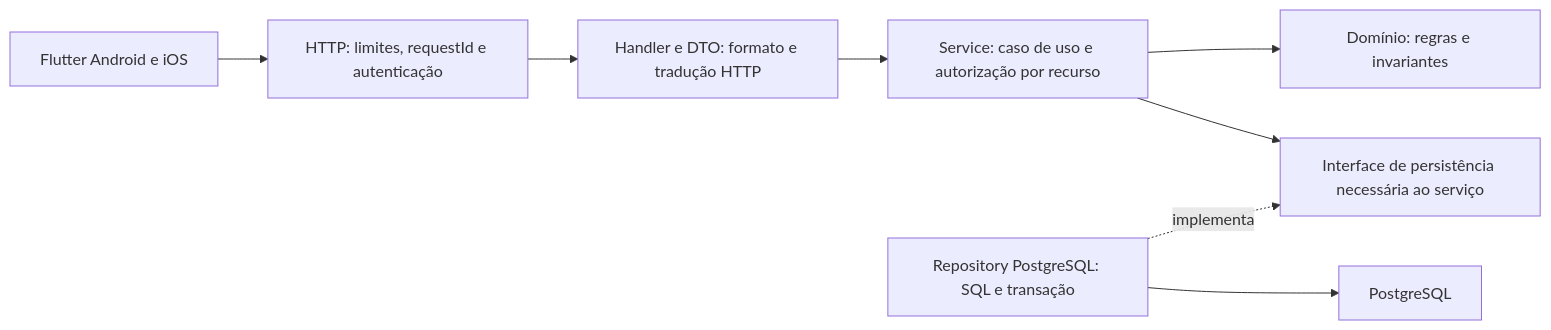
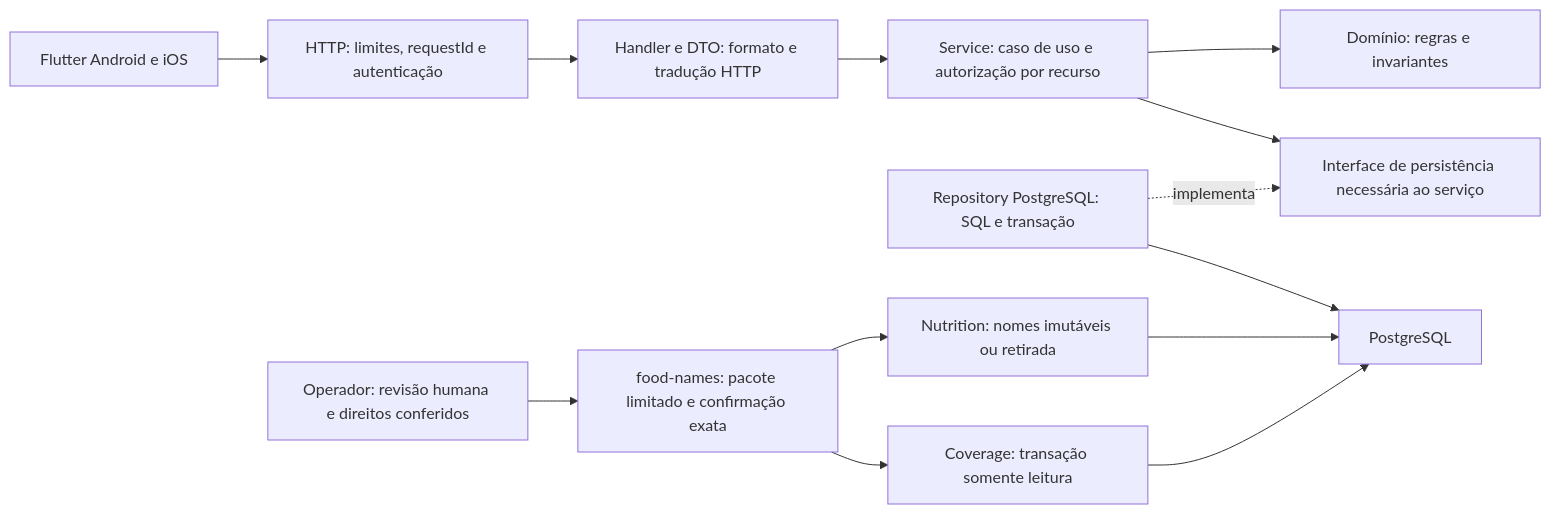
The diagram in docs/arquitetura/camadas-go.md (richardcastrogois/TrainForge), drawn with Mermaid before and after one commit. The commit also changed other lines of this file and 30 other files, not shown here.

Commit message:
feat: add local food name review operations and coverage

````diff
--- a/docs/arquitetura/camadas-go.md
+++ b/docs/arquitetura/camadas-go.md
@@ -5,10 +5,15 @@
 ```mermaid
 flowchart LR
     client["Flutter Android e iOS"] --> middleware["HTTP: limites, requestId e autenticação"]
     middleware --> handler["Handler e DTO: formato e tradução HTTP"]
     handler --> application["Service: caso de uso e autorização por recurso"]
     application --> domain["Domínio: regras e invariantes"]
     application --> port["Interface de persistência necessária ao serviço"]
     postgres["Repository PostgreSQL: SQL e transação"] -.->|"implementa"| port
     postgres --> database["PostgreSQL"]
+    operator["Operador: revisão humana e direitos conferidos"] --> cli["food-names: pacote limitado e confirmação exata"]
+    cli --> nameStore["Nutrition: nomes imutáveis ou retirada"]
+    nameStore --> database
+    cli --> coverage["Coverage: transação somente leitura"]
+    coverage --> database
 ```
````
